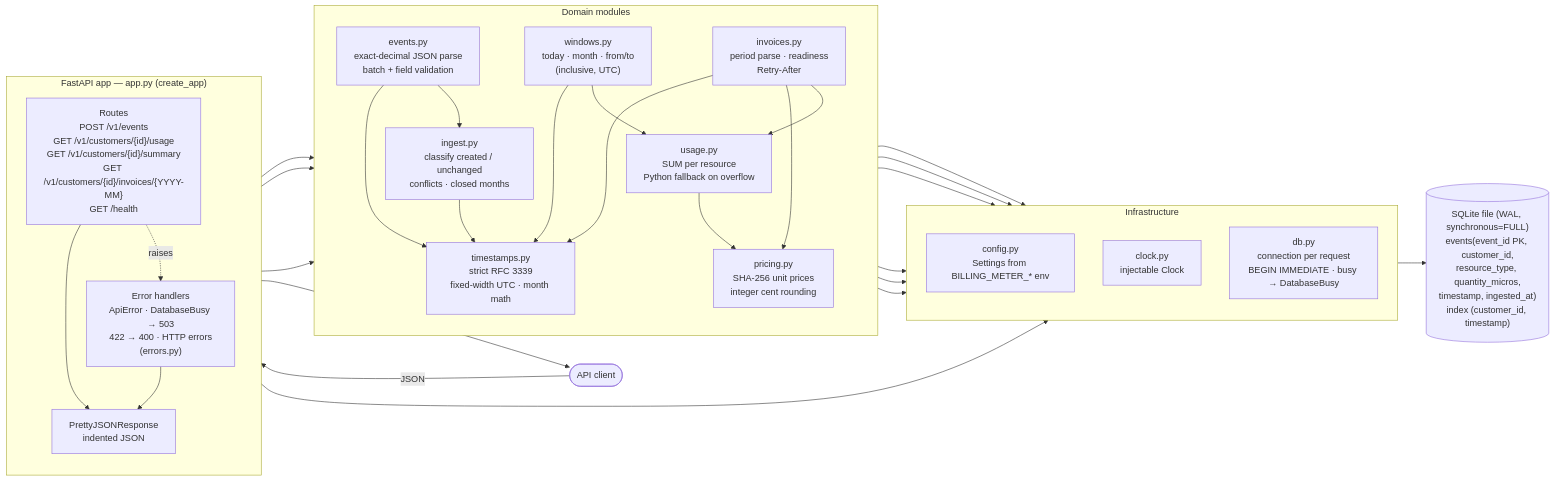
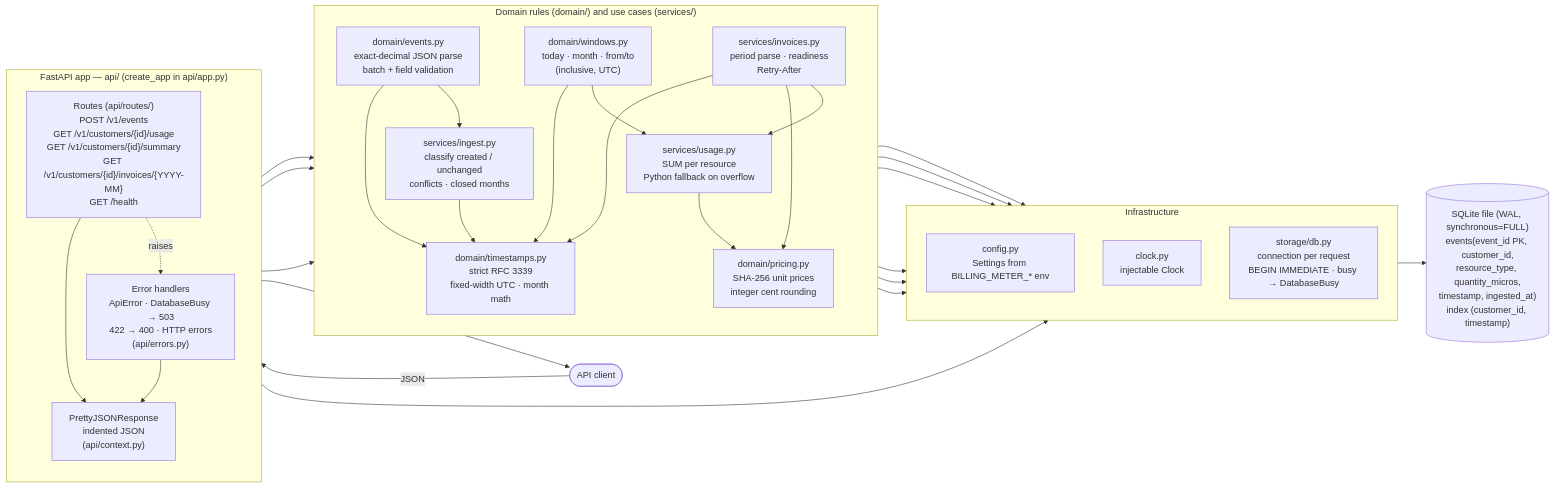
One commit to notsatan-labs/billing-service changed the first of 4 diagrams in docs/ARCHITECTURE.md. Above: the diagram before and after it, drawn with Mermaid. The commit also changed other lines of this file and 39 other files, not shown here.

First line of the commit message:
Refactor: Organize Package into API, Domain, Services and Storage

````diff
--- a/docs/ARCHITECTURE.md
+++ b/docs/ARCHITECTURE.md
@@ -5,54 +5,54 @@
 ```mermaid
 flowchart LR
     client([API client])
 
-    subgraph app["FastAPI app — app.py (create_app)"]
+    subgraph app["FastAPI app — api/ (create_app in api/app.py)"]
         direction TB
-        routes["Routes<br/>POST /v1/events<br/>GET /v1/customers/{id}/usage<br/>GET /v1/customers/{id}/summary<br/>GET /v1/customers/{id}/invoices/{YYYY-MM}<br/>GET /health"]
-        handlers["Error handlers<br/>ApiError · DatabaseBusy → 503<br/>422 → 400 · HTTP errors<br/>(errors.py)"]
-        pretty["PrettyJSONResponse<br/>indented JSON"]
+        routes["Routes (api/routes/)<br/>POST /v1/events<br/>GET /v1/customers/{id}/usage<br/>GET /v1/customers/{id}/summary<br/>GET /v1/customers/{id}/invoices/{YYYY-MM}<br/>GET /health"]
+        handlers["Error handlers<br/>ApiError · DatabaseBusy → 503<br/>422 → 400 · HTTP errors<br/>(api/errors.py)"]
+        pretty["PrettyJSONResponse<br/>indented JSON<br/>(api/context.py)"]
     end
 
-    subgraph domain["Domain modules"]
+    subgraph domain["Domain rules (domain/) and use cases (services/)"]
         direction TB
-        events["events.py<br/>exact-decimal JSON parse<br/>batch + field validation"]
-        ingest["ingest.py<br/>classify created / unchanged<br/>conflicts · closed months"]
-        windows["windows.py<br/>today · month · from/to<br/>(inclusive, UTC)"]
-        usage["usage.py<br/>SUM per resource<br/>Python fallback on overflow"]
-        pricing["pricing.py<br/>SHA-256 unit prices<br/>integer cent rounding"]
-        invoices["invoices.py<br/>period parse · readiness<br/>Retry-After"]
-        timestamps["timestamps.py<br/>strict RFC 3339<br/>fixed-width UTC · month math"]
+        events["domain/events.py<br/>exact-decimal JSON parse<br/>batch + field validation"]
+        ingest["services/ingest.py<br/>classify created / unchanged<br/>conflicts · closed months"]
+        windows["domain/windows.py<br/>today · month · from/to<br/>(inclusive, UTC)"]
+        usage["services/usage.py<br/>SUM per resource<br/>Python fallback on overflow"]
+        pricing["domain/pricing.py<br/>SHA-256 unit prices<br/>integer cent rounding"]
+        invoices["services/invoices.py<br/>period parse · readiness<br/>Retry-After"]
+        timestamps["domain/timestamps.py<br/>strict RFC 3339<br/>fixed-width UTC · month math"]
     end
 
     subgraph infra["Infrastructure"]
         direction TB
         config["config.py<br/>Settings from BILLING_METER_* env"]
         clock["clock.py<br/>injectable Clock"]
-        db["db.py<br/>connection per request<br/>BEGIN IMMEDIATE · busy → DatabaseBusy"]
+        db["storage/db.py<br/>connection per request<br/>BEGIN IMMEDIATE · busy → DatabaseBusy"]
     end
 
     sqlite[("SQLite file (WAL, synchronous=FULL)<br/>events(event_id PK, customer_id,<br/>resource_type, quantity_micros,<br/>timestamp, ingested_at)<br/>index (customer_id, timestamp)")]
 
     client -- JSON --> routes
     routes --> pretty --> client
     routes -.raises.-> handlers --> pretty
 
     routes --> events --> ingest
     routes --> windows --> usage
     usage --> pricing
     routes --> invoices --> usage
     invoices --> pricing
     events --> timestamps
     windows --> timestamps
     invoices --> timestamps
     ingest --> timestamps
 
     ingest --> db
     usage --> db
     invoices --> db
     db --> sqlite
     app --> config
     ingest --> clock
     invoices --> clock
     windows --> clock
 ```
````
